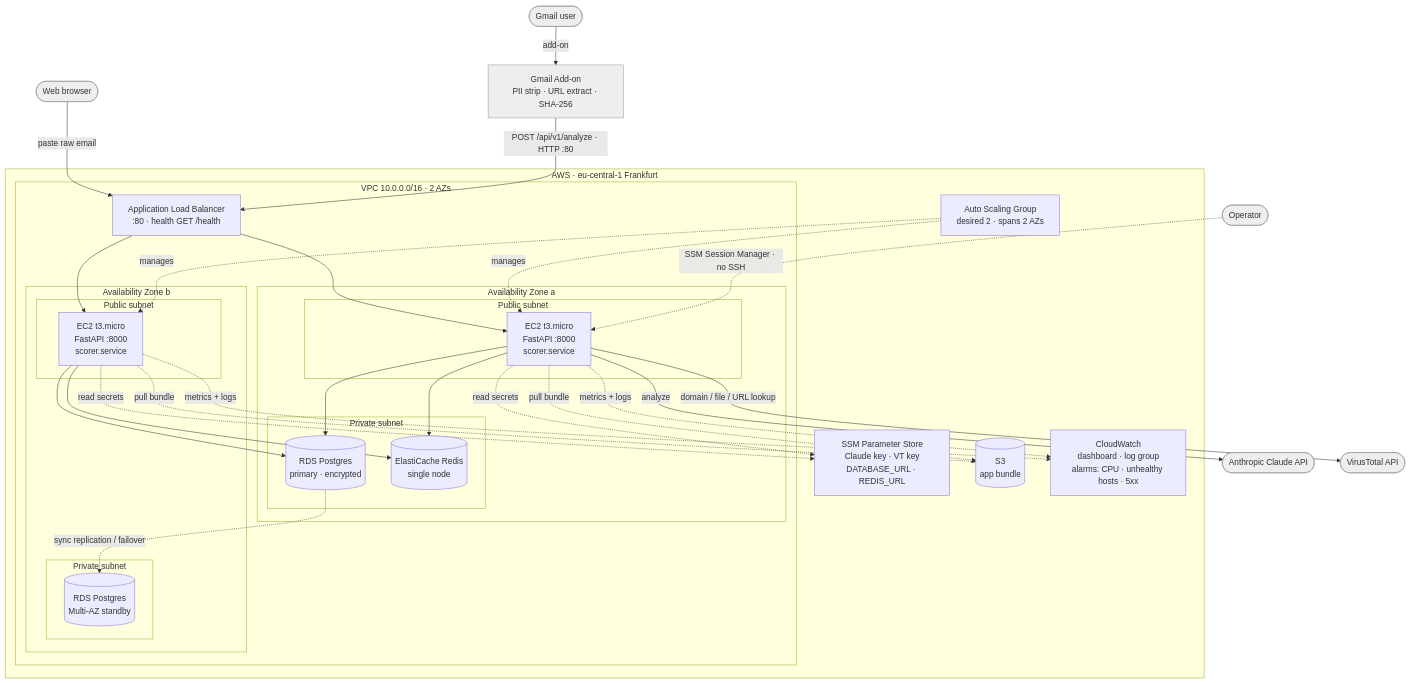
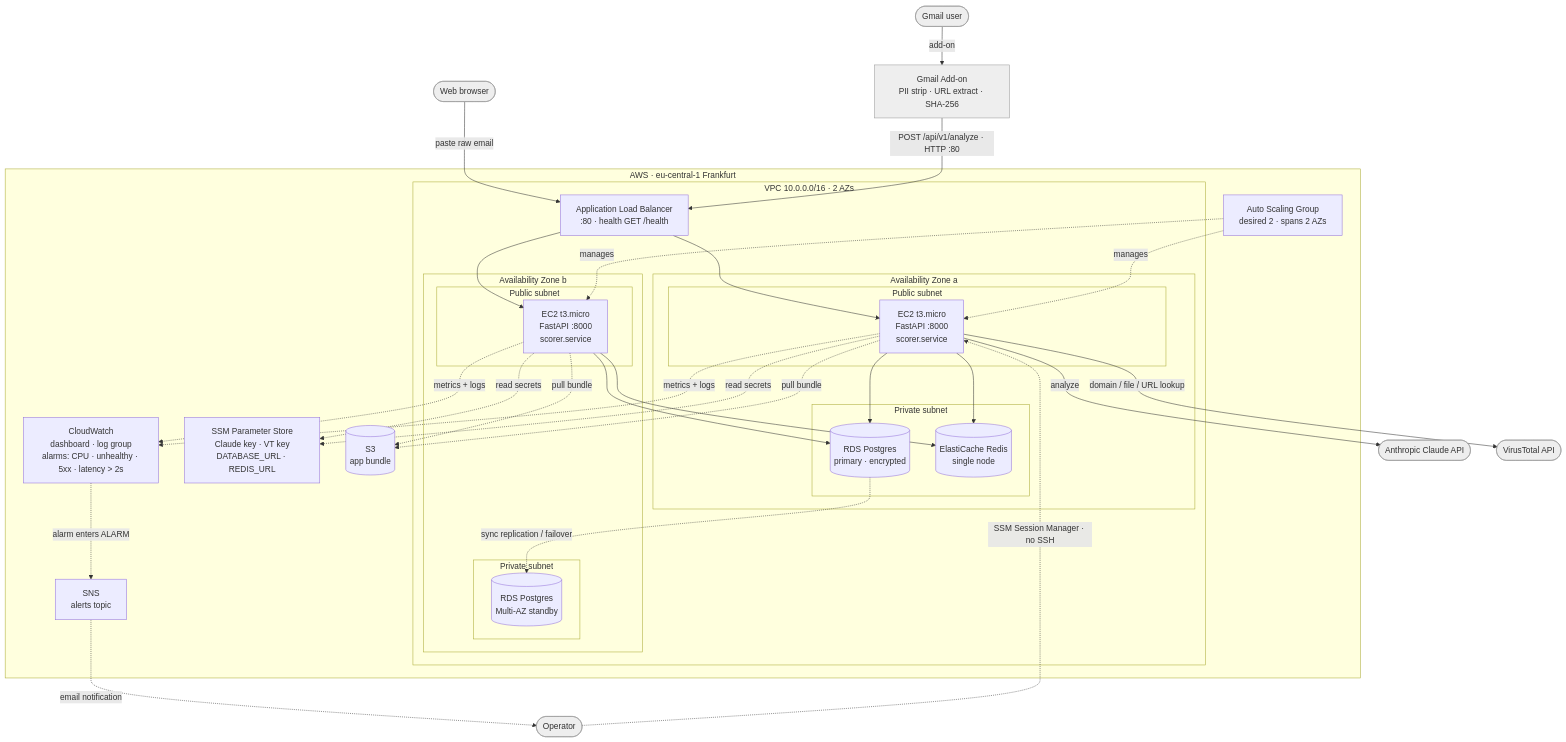
The diagram in ARCHITECTURE.md (ronyoav/Gmail_malicious_scorer), drawn with Mermaid before and after one commit. The commit also changed other lines of this file, not shown here.

Commit message:
docs: add SNS alerts + latency alarm to architecture diagram
Update the Mermaid diagram and decisions table: CloudWatch now shows 4 alarms
and an SNS topic, with the alarm -> SNS -> operator email flow.

````diff
--- a/ARCHITECTURE.md
+++ b/ARCHITECTURE.md
@@ -6,59 +6,62 @@
 ```mermaid
 flowchart TB
     User([Gmail user]):::ext -->|add-on| Addon["Gmail Add-on<br/>PII strip · URL extract · SHA-256"]:::ext
     Browser([Web browser]):::ext -->|paste raw email| ALB
     Addon -->|"POST /api/v1/analyze · HTTP :80"| ALB
 
     subgraph AWS["AWS · eu-central-1 Frankfurt"]
       subgraph VPC["VPC 10.0.0.0/16 · 2 AZs"]
         ALB["Application Load Balancer<br/>:80 · health GET /health"]
 
         subgraph AZa["Availability Zone a"]
           subgraph PubA["Public subnet"]
             EC2a["EC2 t3.micro<br/>FastAPI :8000<br/>scorer.service"]
           end
           subgraph PrivA["Private subnet"]
             RDS[("RDS Postgres<br/>primary · encrypted")]
             Redis[("ElastiCache Redis<br/>single node")]
           end
         end
 
         subgraph AZb["Availability Zone b"]
           subgraph PubB["Public subnet"]
             EC2b["EC2 t3.micro<br/>FastAPI :8000<br/>scorer.service"]
           end
           subgraph PrivB["Private subnet"]
             RDSstby[("RDS Postgres<br/>Multi-AZ standby")]
           end
         end
 
         ALB --> EC2a
         ALB --> EC2b
         EC2a --> RDS
         EC2b --> RDS
         EC2a --> Redis
         EC2b --> Redis
         RDS -. sync replication / failover .-> RDSstby
       end
 
       ASG["Auto Scaling Group<br/>desired 2 · spans 2 AZs"]
       SSM["SSM Parameter Store<br/>Claude key · VT key<br/>DATABASE_URL · REDIS_URL"]
       S3[("S3<br/>app bundle")]
-      CW["CloudWatch<br/>dashboard · log group<br/>alarms: CPU · unhealthy hosts · 5xx"]
+      CW["CloudWatch<br/>dashboard · log group<br/>alarms: CPU · unhealthy · 5xx · latency > 2s"]
+      SNS["SNS<br/>alerts topic"]
 
       ASG -. manages .-> EC2a
       ASG -. manages .-> EC2b
       EC2a -. read secrets .-> SSM
       EC2b -. read secrets .-> SSM
       EC2a -. pull bundle .-> S3
       EC2b -. pull bundle .-> S3
       EC2a -. metrics + logs .-> CW
       EC2b -. metrics + logs .-> CW
+      CW -. alarm enters ALARM .-> SNS
     end
 
     EC2a -->|analyze| Claude([Anthropic Claude API]):::ext
     EC2a -->|domain / file / URL lookup| VT([VirusTotal API]):::ext
+    SNS -. email notification .-> Admin
     Admin([Operator]):::ext -. SSM Session Manager · no SSH .-> EC2a
 
     classDef ext fill:#eee,stroke:#999,color:#333;
 ```
````
